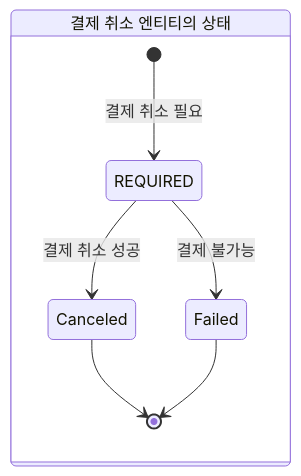
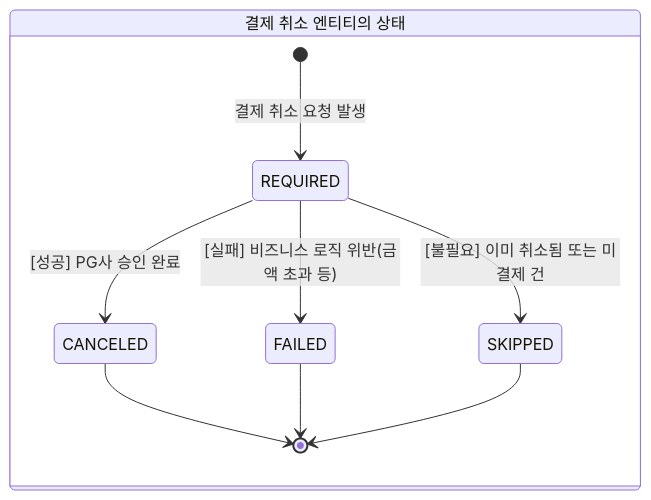
One commit to js990311/reservation-movie changed the third of 13 diagrams in README.md. Above: the diagram before and after it, drawn with Mermaid. The commit also changed other lines of this file and 11 other files, not shown here.

````diff
--- a/README.md
+++ b/README.md
@@ -35,10 +38,13 @@
 ```mermaid
 stateDiagram-v2
         state "결제 취소 엔티티의 상태" as PaymentCancel{
-            [*] --> REQUIRED : 결제 취소 필요
-            REQUIRED --> Canceled : 결제 취소 성공
-            REQUIRED --> Failed : 결제 불가능
-            Canceled --> [*]
-            Failed --> [*]
-        }
+        [*] --> REQUIRED : 결제 취소 요청 발생
+        REQUIRED --> CANCELED : [성공] PG사 승인 완료
+        REQUIRED --> FAILED : [실패] 비즈니스 로직 위반(금액 초과 등)
+        REQUIRED --> SKIPPED : [불필요] 이미 취소됨 또는 미결제 건
+
+        CANCELED --> [*]
+        FAILED --> [*]
+        SKIPPED --> [*]
+}
 ```
````
